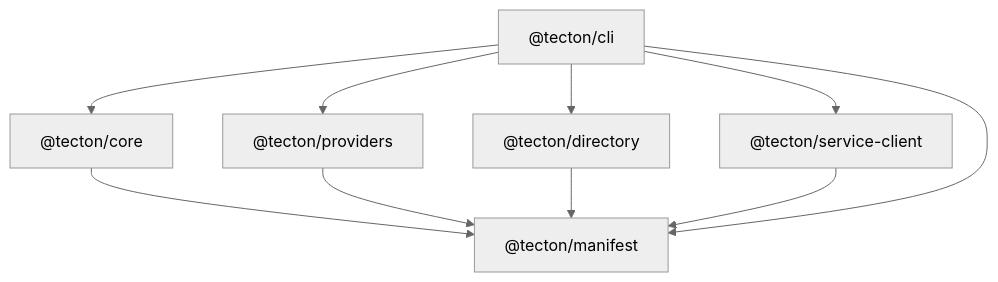
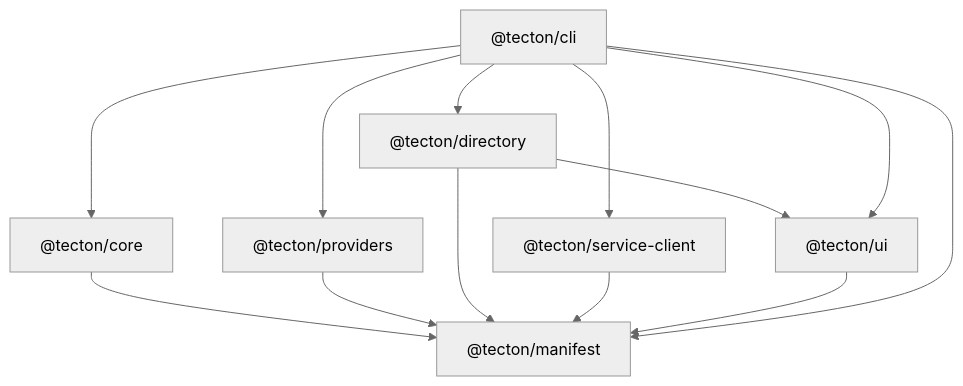
The second of 3 diagrams in _bmad-output/planning-artifacts/architecture/architecture-Tecton-2026-08-28/ARCHITECTURE-SPINE.md (rvavretchek/tecton), drawn with Mermaid (neutral theme) before and after one commit. The commit also changed other lines of this file and 10 other files, not shown here.

````diff
--- a/_bmad-output/planning-artifacts/architecture/architecture-Tecton-2026-08-28/ARCHITECTURE-SPINE.md
+++ b/_bmad-output/planning-artifacts/architecture/architecture-Tecton-2026-08-28/ARCHITECTURE-SPINE.md
@@ -59,19 +60,23 @@
 ```mermaid
 graph TD
     manifest["@tecton/manifest"]
     core["@tecton/core"]
     providers["@tecton/providers"]
     directory["@tecton/directory"]
     serviceClient["@tecton/service-client"]
+    ui["@tecton/ui"]
     cli["@tecton/cli"]
 
     core --> manifest
     providers --> manifest
     directory --> manifest
     serviceClient --> manifest
+    ui --> manifest
+    directory --> ui
     cli --> core
     cli --> providers
     cli --> directory
     cli --> serviceClient
+    cli --> ui
     cli --> manifest
 ```
````
